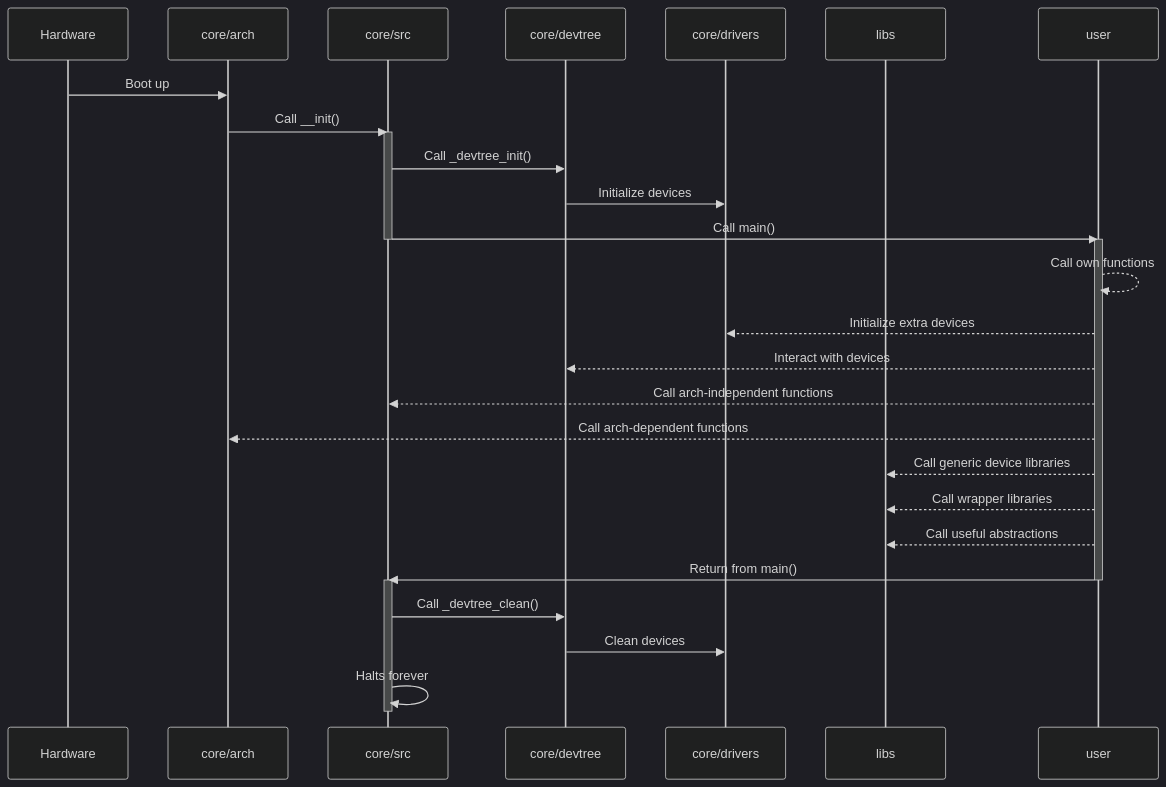
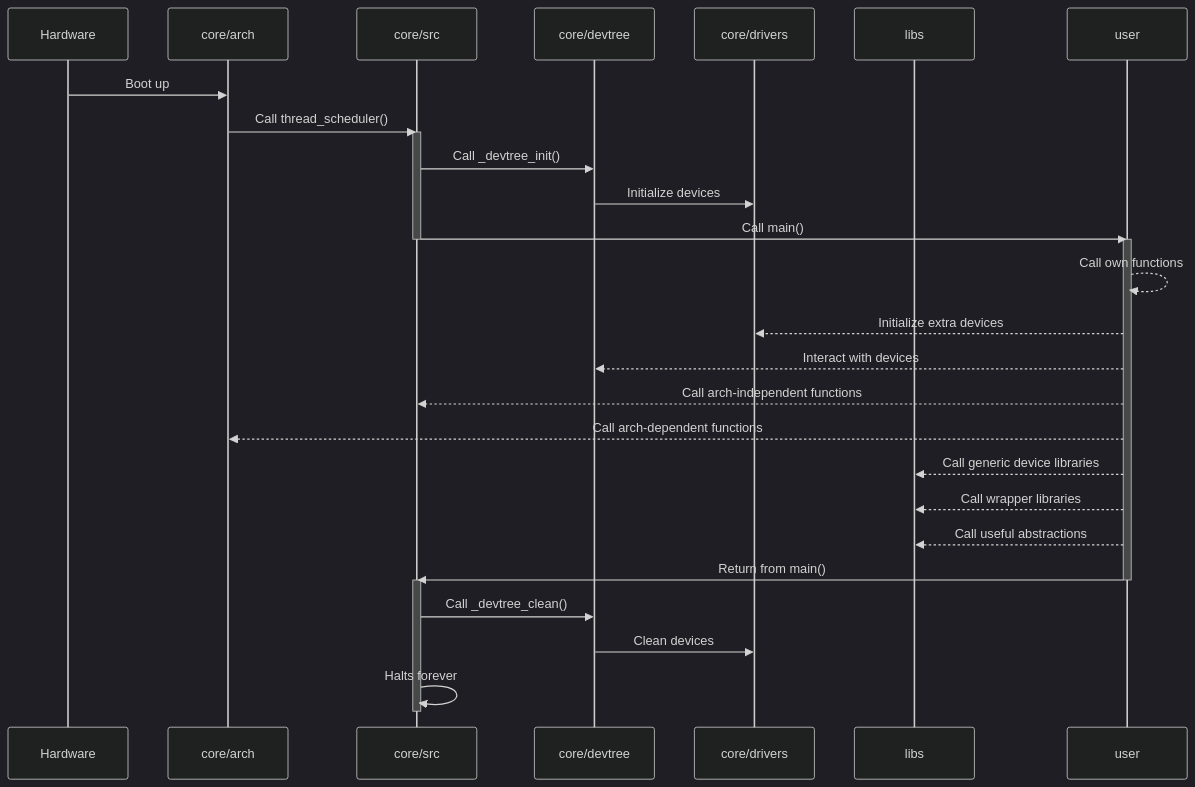
Before and after one commit to reshsix/vermillion: the diagram in README.md, drawn with Mermaid (dark theme). The commit also changed 6 other files, not shown here.

Commit message:
Moved __init to thread.c and fixed issues

````diff
--- a/README.md
+++ b/README.md
@@ -57,33 +57,33 @@
 ```mermaid
 sequenceDiagram
     participant Hardware
     participant core/arch
     participant core/src
     participant core/devtree
     participant core/drivers
     participant libs
     participant user
     Hardware->>core/arch: Boot up
-    core/arch->>core/src: Call __init()
+    core/arch->>core/src: Call thread_scheduler()
     activate core/src
     core/src->>core/devtree: Call _devtree_init()
     core/devtree->>core/drivers: Initialize devices
     core/src->>user: Call main()
     deactivate core/src
     activate user
     user-->>user: Call own functions
     user-->>core/drivers: Initialize extra devices
     user-->>core/devtree: Interact with devices
     user-->>core/src: Call arch-independent functions
     user-->>core/arch: Call arch-dependent functions
     user-->>libs: Call generic device libraries
     user-->>libs: Call wrapper libraries
     user-->>libs: Call useful abstractions
     user->>core/src: Return from main()
     deactivate user
     activate core/src
     core/src->>core/devtree: Call _devtree_clean()
     core/devtree->>core/drivers: Clean devices
     core/src->>core/src: Halts forever
     deactivate core/src
 ```
````
